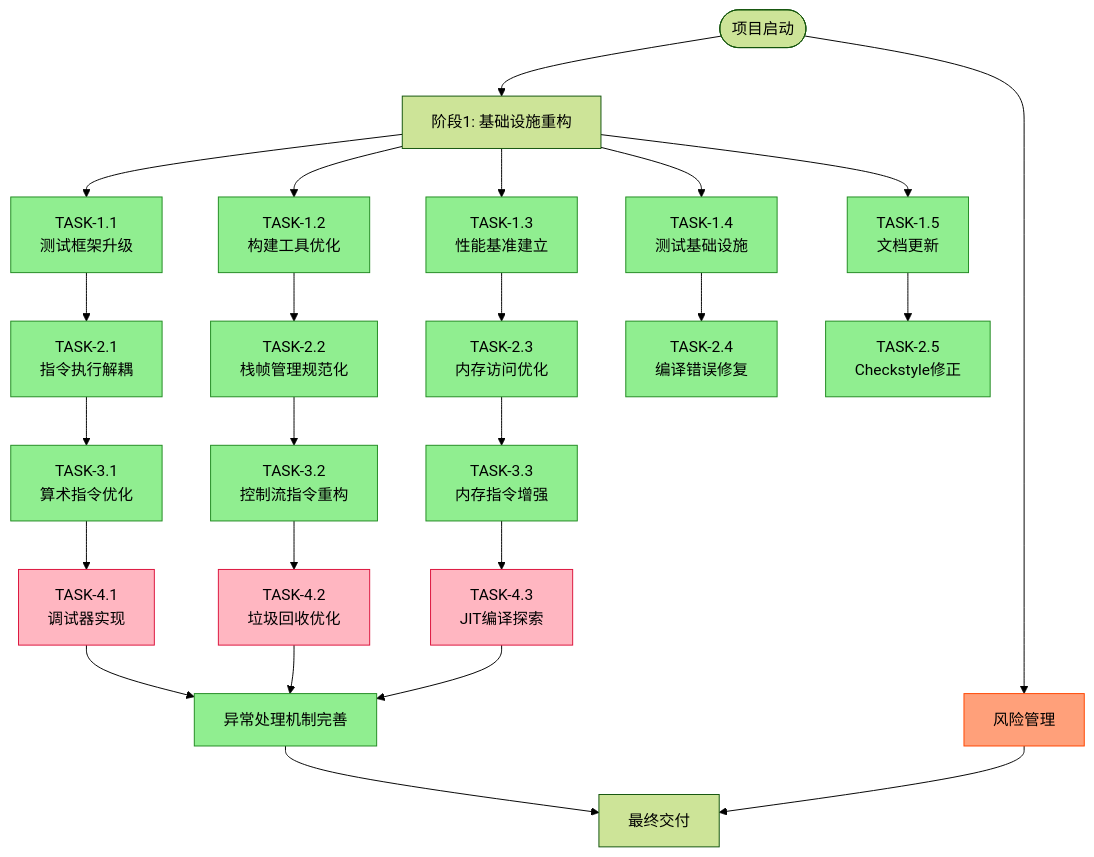
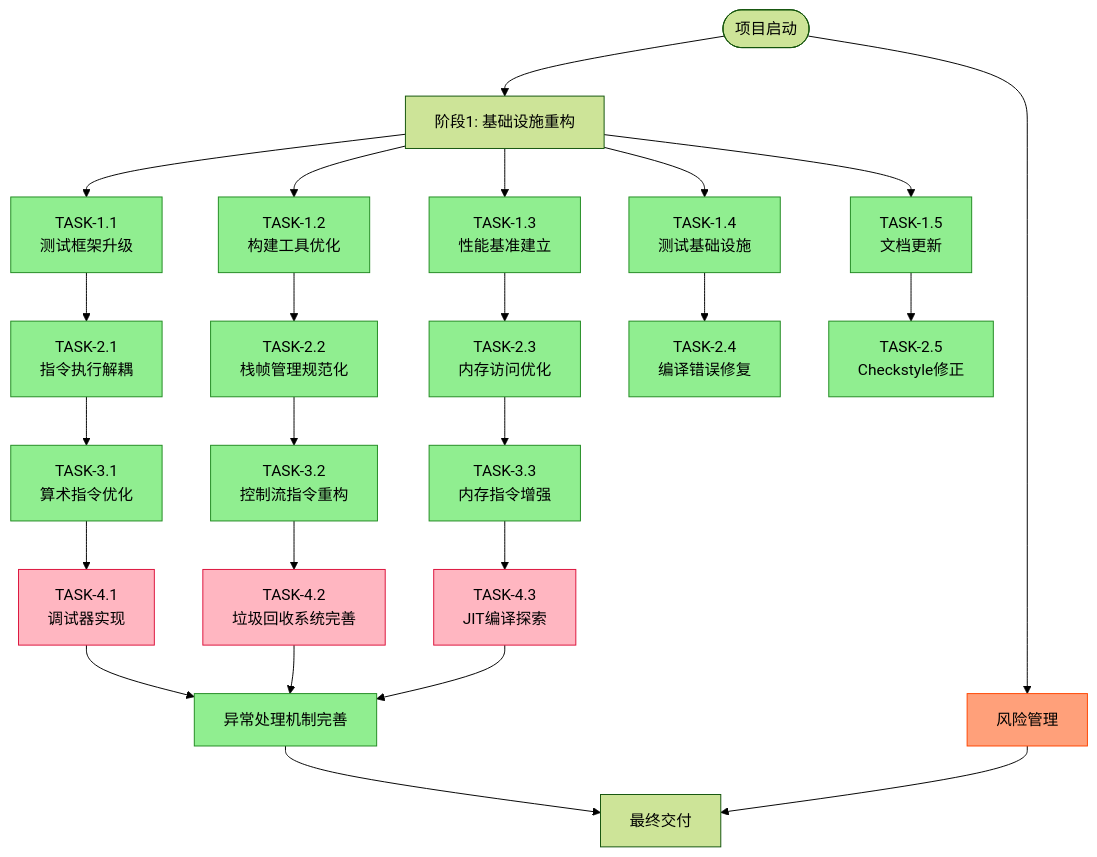
Before and after one commit to whtoo/How_to_implment_PL_in_Antlr4: the first of 2 diagrams in ep18/docs/EP18_TDD_重构优化方案.md, drawn with Mermaid (forest theme). The commit also changed other lines of this file and 12 other files, not shown here.

````diff
--- a/ep18/docs/EP18_TDD_重构优化方案.md
+++ b/ep18/docs/EP18_TDD_重构优化方案.md
@@ -13,44 +13,44 @@
 ```mermaid
 graph TD
     Start([项目启动]) --> Phase1[阶段1: 基础设施重构]
     Start --> RiskMgmt[风险管理]
     
     Phase1 --> TASK11[TASK-1.1<br/>测试框架升级]
     Phase1 --> TASK12[TASK-1.2<br/>构建工具优化]
     Phase1 --> TASK13[TASK-1.3<br/>性能基准建立]
     Phase1 --> TASK14[TASK-1.4<br/>测试基础设施]
     Phase1 --> TASK15[TASK-1.5<br/>文档更新]
     
     TASK11 --> TASK21[TASK-2.1<br/>指令执行解耦]
     TASK12 --> TASK22[TASK-2.2<br/>栈帧管理规范化]
     TASK13 --> TASK23[TASK-2.3<br/>内存访问优化]
     TASK14 --> TASK24[TASK-2.4<br/>编译错误修复]
     TASK15 --> TASK25[TASK-2.5<br/>Checkstyle修正]
     
     TASK21 --> TASK31[TASK-3.1<br/>算术指令优化]
     TASK22 --> TASK32[TASK-3.2<br/>控制流指令重构]
     TASK23 --> TASK33[TASK-3.3<br/>内存指令增强]
     
     TASK31 --> TASK41[TASK-4.1<br/>调试器实现]
-    TASK32 --> TASK42[TASK-4.2<br/>垃圾回收优化]
+    TASK32 --> TASK42[TASK-4.2<br/>垃圾回收系统完善]
     TASK33 --> TASK43[TASK-4.3<br/>JIT编译探索]
     
     TASK41 --> ExceptionHandling[异常处理机制完善]
     TASK42 --> ExceptionHandling
     TASK43 --> ExceptionHandling
     
     ExceptionHandling --> FinalDelivery[最终交付]
     RiskMgmt --> FinalDelivery
     
     %% 状态样式
     classDef completed fill:#90EE90,stroke:#228B22,color:#000
     classDef inProgress fill:#FFD700,stroke:#FF8C00,color:#000
     classDef pending fill:#FFB6C1,stroke:#DC143C,color:#000
     classDef risk fill:#FFA07A,stroke:#FF4500,color:#000
     
     %% 应用样式
     class TASK11,TASK12,TASK13,TASK14,TASK15,TASK21,TASK22,TASK23,TASK24,TASK25,TASK31,TASK32,TASK33,TASK5.1 completed
     class ExceptionHandling completed
     class TASK41,TASK42,TASK43 pending
     class RiskMgmt risk
 ```
````
